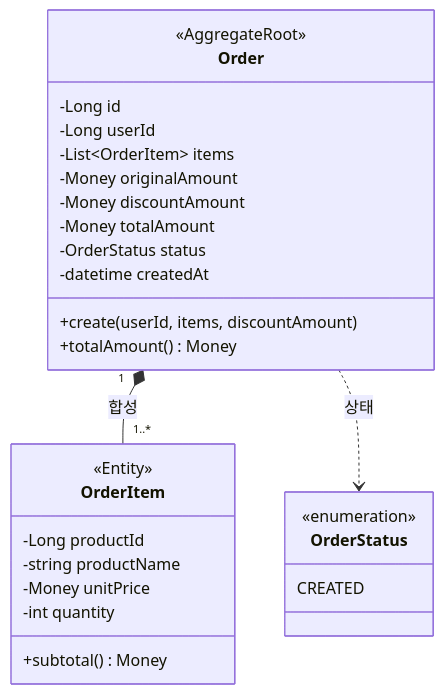
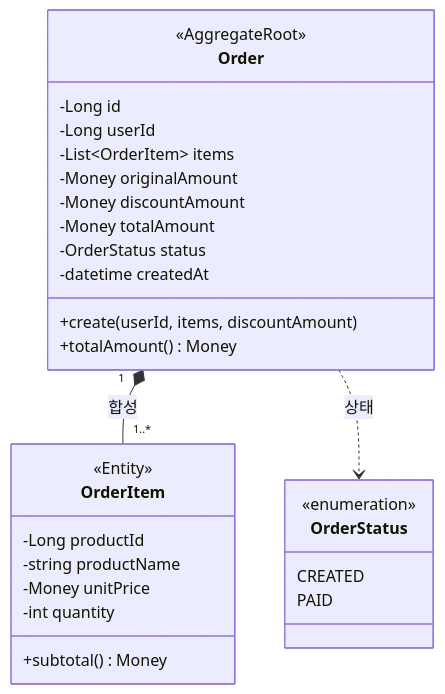
Before and after one commit to vvon11/loop-pack-be-l2-vol4-java: the fourth of 6 diagrams in docs/week2/03-class-diagram.md, drawn with Mermaid. The commit also changed other lines of this file and 3 other files, not shown here.

````diff
--- a/docs/week2/03-class-diagram.md
+++ b/docs/week2/03-class-diagram.md
@@ -257,31 +292,32 @@
 ```mermaid
 classDiagram
     class Order {
         <<AggregateRoot>>
         -Long id
         -Long userId
         -List~OrderItem~ items
         -Money originalAmount
         -Money discountAmount
         -Money totalAmount
         -OrderStatus status
         -datetime createdAt
         +create(userId, items, discountAmount)
         +totalAmount() Money
     }
     class OrderItem {
         <<Entity>>
         -Long productId
         -string productName
         -Money unitPrice
         -int quantity
         +subtotal() Money
     }
     class OrderStatus {
         <<enumeration>>
         CREATED
+        PAID
     }
 
     Order "1" *-- "1..*" OrderItem : 합성
     Order ..> OrderStatus : 상태
 ```
````
